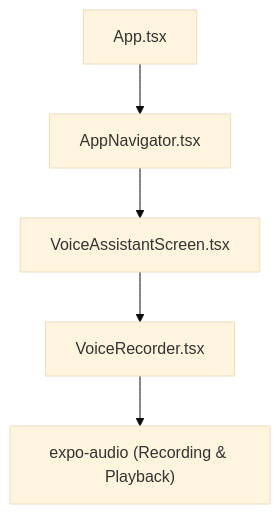
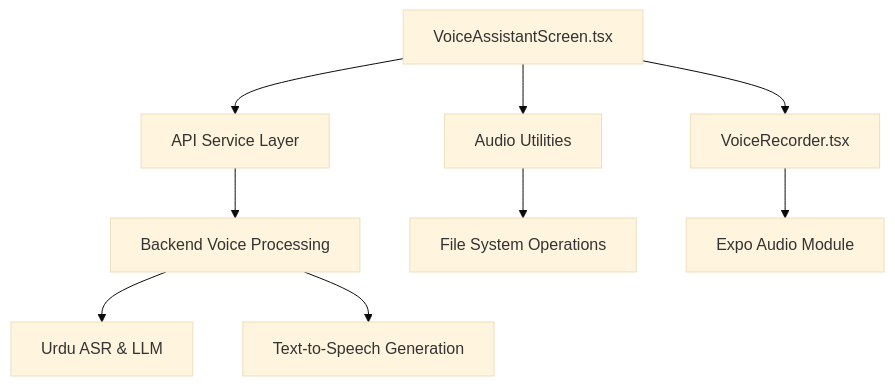
The first of 4 diagrams in .qoder/repowiki/en/content/Voice Assistant Feature/Voice Assistant Screen Component.md (Aiman-Naeem/KisaanDost_AI_hackathon_Pakistan), drawn with Mermaid (base theme) before and after one commit. The commit also changed other lines of this file and 42 other files, not shown here.

Commit message:
Day 2: farmer identity persistence, voice UX polish, listing detail/edit/call, shared design system, QA pass

````diff
--- a/.qoder/repowiki/en/content/Voice Assistant Feature/Voice Assistant Screen Component.md
+++ b/.qoder/repowiki/en/content/Voice Assistant Feature/Voice Assistant Screen Component.md
@@ -34,7 +49,11 @@
 ```mermaid
 graph TB
-A["App.tsx"] --> B["AppNavigator.tsx"]
-B --> C["VoiceAssistantScreen.tsx"]
-C --> D["VoiceRecorder.tsx"]
-D --> E["expo-audio (Recording & Playback)"]
+A["VoiceAssistantScreen.tsx"] --> B["VoiceRecorder.tsx"]
+A --> C["API Service Layer"]
+A --> D["Audio Utilities"]
+C --> E["Backend Voice Processing"]
+D --> F["File System Operations"]
+B --> G["Expo Audio Module"]
+E --> H["Urdu ASR & LLM"]
+E --> I["Text-to-Speech Generation"]
 ```
````
